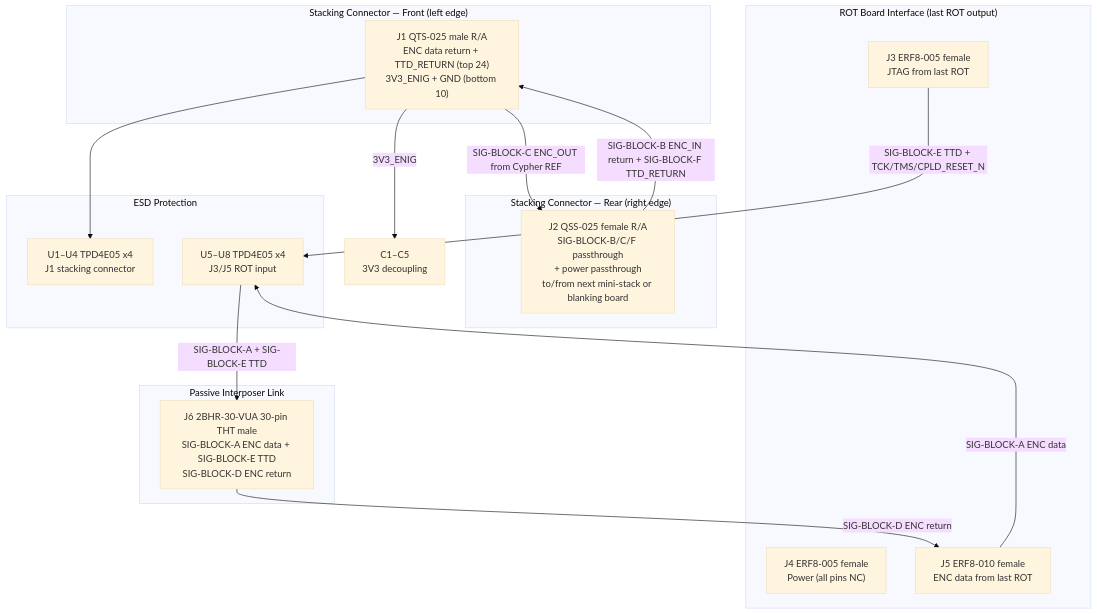
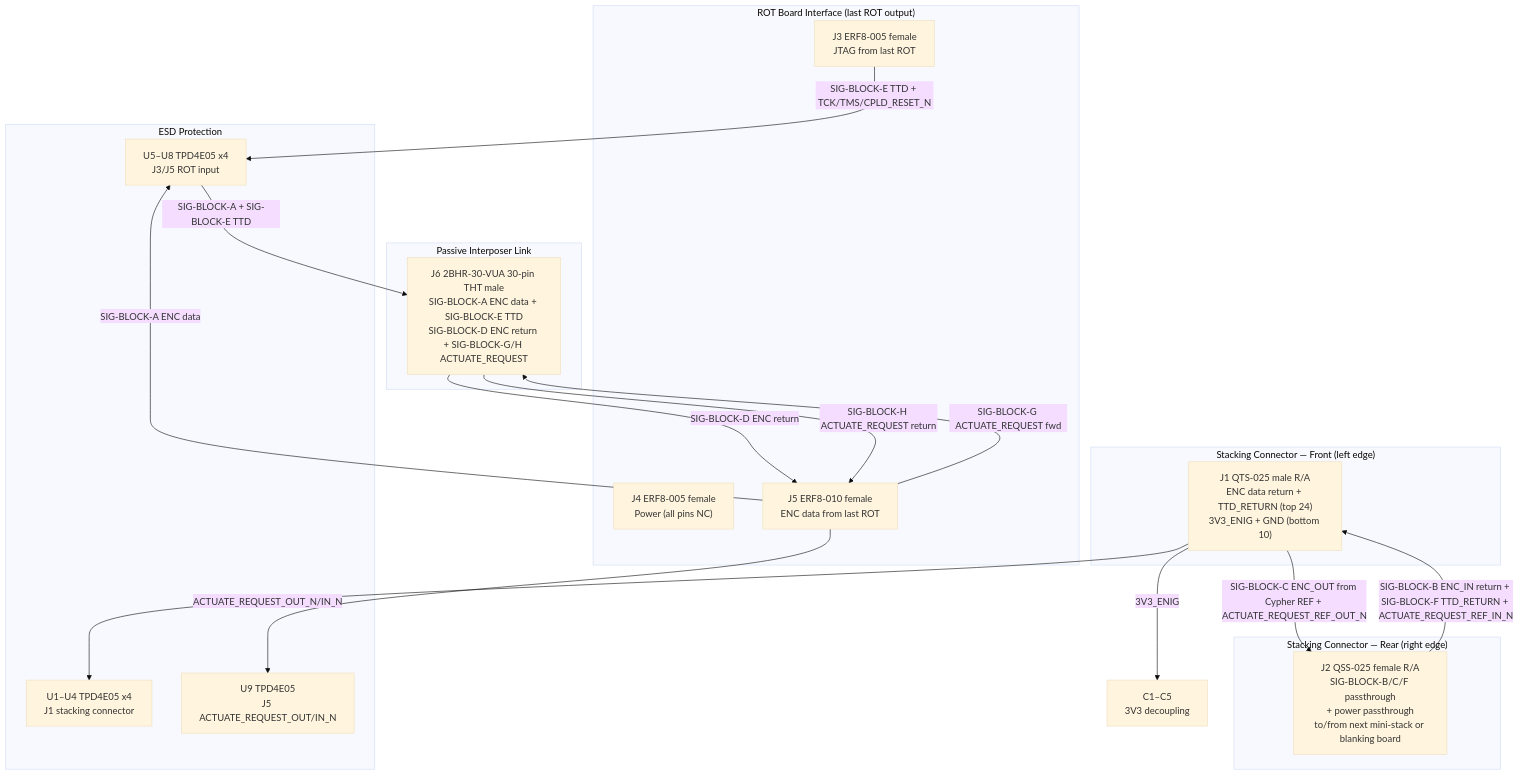
One commit to thepinkmile/Enigma-NG changed the diagram in design/Electronics/Stack-Output/Design_Spec.md. Above: the diagram before and after it, drawn with Mermaid (base theme). The commit also changed other lines of this file and 31 other files, not shown here.

First line of the commit message:
Finalize Cypher J3/J4 pinouts and ACTUATE_REQUEST signal routing

````diff
--- a/design/Electronics/Stack-Output/Design_Spec.md
+++ b/design/Electronics/Stack-Output/Design_Spec.md
@@ -66,34 +66,38 @@
 ```mermaid
 flowchart TD
   subgraph stackFront["Stacking Connector — Front (left edge)"]
     J1["J1 QTS-025 male R/A\nENC data return + TTD_RETURN (top 24)\n3V3_ENIG + GND (bottom 10)"]
   end
 
   subgraph stackRear["Stacking Connector — Rear (right edge)"]
     J2["J2 QSS-025 female R/A\nSIG-BLOCK-B/C/F passthrough\n+ power passthrough\nto/from next mini-stack or blanking board"]
   end
 
   subgraph rotIface["ROT Board Interface (last ROT output)"]
     J3["J3 ERF8-005 female\nJTAG from last ROT"]
     J4["J4 ERF8-005 female\nPower (all pins NC)"]
     J5["J5 ERF8-010 female\nENC data from last ROT"]
   end
 
   subgraph interposer["Passive Interposer Link"]
-    J6["J6 2BHR-30-VUA 30-pin THT male\nSIG-BLOCK-A ENC data + SIG-BLOCK-E TTD\nSIG-BLOCK-D ENC return"]
+    J6["J6 2BHR-30-VUA 30-pin THT male\nSIG-BLOCK-A ENC data + SIG-BLOCK-E TTD\nSIG-BLOCK-D ENC return + SIG-BLOCK-G/H ACTUATE_REQUEST"]
   end
 
   subgraph esd["ESD Protection"]
     U1U4["U1–U4 TPD4E05 x4\nJ1 stacking connector"]
     U5U8["U5–U8 TPD4E05 x4\nJ3/J5 ROT input"]
+    U9["U9 TPD4E05\nJ5 ACTUATE_REQUEST_OUT/IN_N"]
   end
 
-  J2 -- "SIG-BLOCK-B ENC_IN return + SIG-BLOCK-F TTD_RETURN" --> J1
-  J1 -- "SIG-BLOCK-C ENC_OUT from Cypher REF" --> J2
+  J2 -- "SIG-BLOCK-B ENC_IN return + SIG-BLOCK-F TTD_RETURN + ACTUATE_REQUEST_REF_IN_N" --> J1
+  J1 -- "SIG-BLOCK-C ENC_OUT from Cypher REF + ACTUATE_REQUEST_REF_OUT_N" --> J2
   J1 --> U1U4
   J3 -- "SIG-BLOCK-E TTD + TCK/TMS/CPLD_RESET_N" --> U5U8
   J5 -- "SIG-BLOCK-A ENC data" --> U5U8
+  J5 -- "ACTUATE_REQUEST_OUT_N/IN_N" --> U9
   U5U8 -- "SIG-BLOCK-A + SIG-BLOCK-E TTD" --> J6
   J6 -- "SIG-BLOCK-D ENC return" --> J5
+  J5 -- "SIG-BLOCK-G ACTUATE_REQUEST fwd" --> J6
+  J6 -- "SIG-BLOCK-H ACTUATE_REQUEST return" --> J5
   J1 -- "3V3_ENIG" --> C1C5["C1–C5\n3V3 decoupling"]
 ```
````
